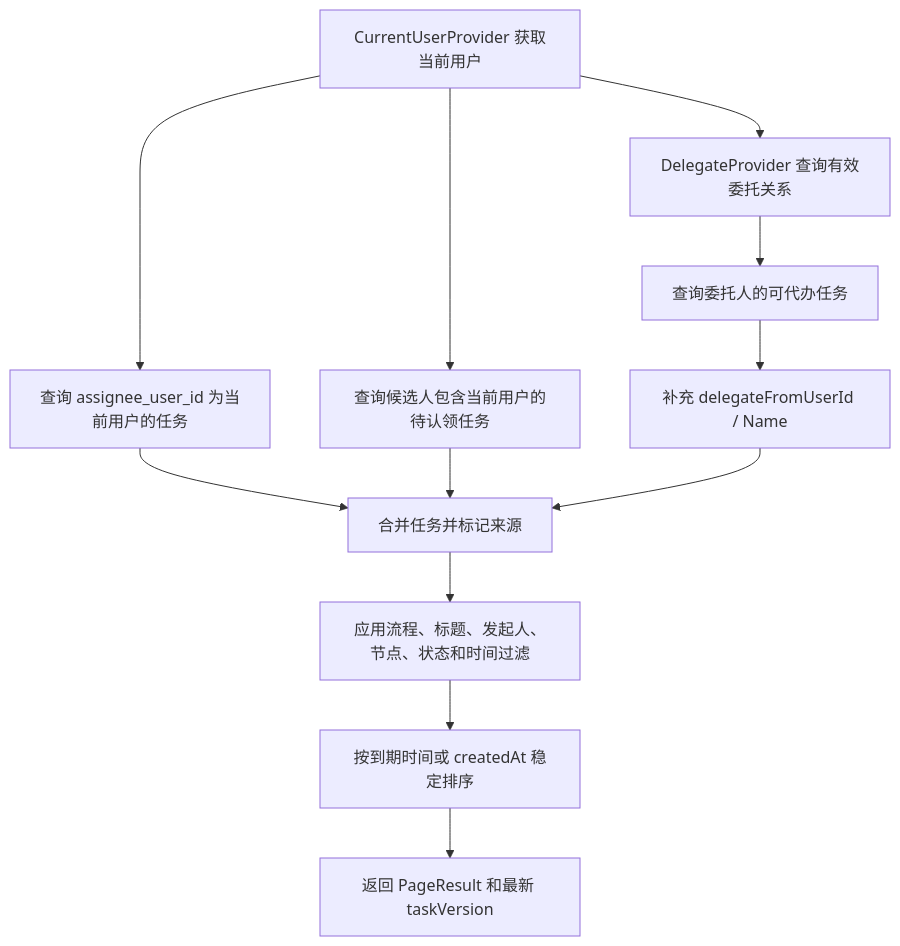
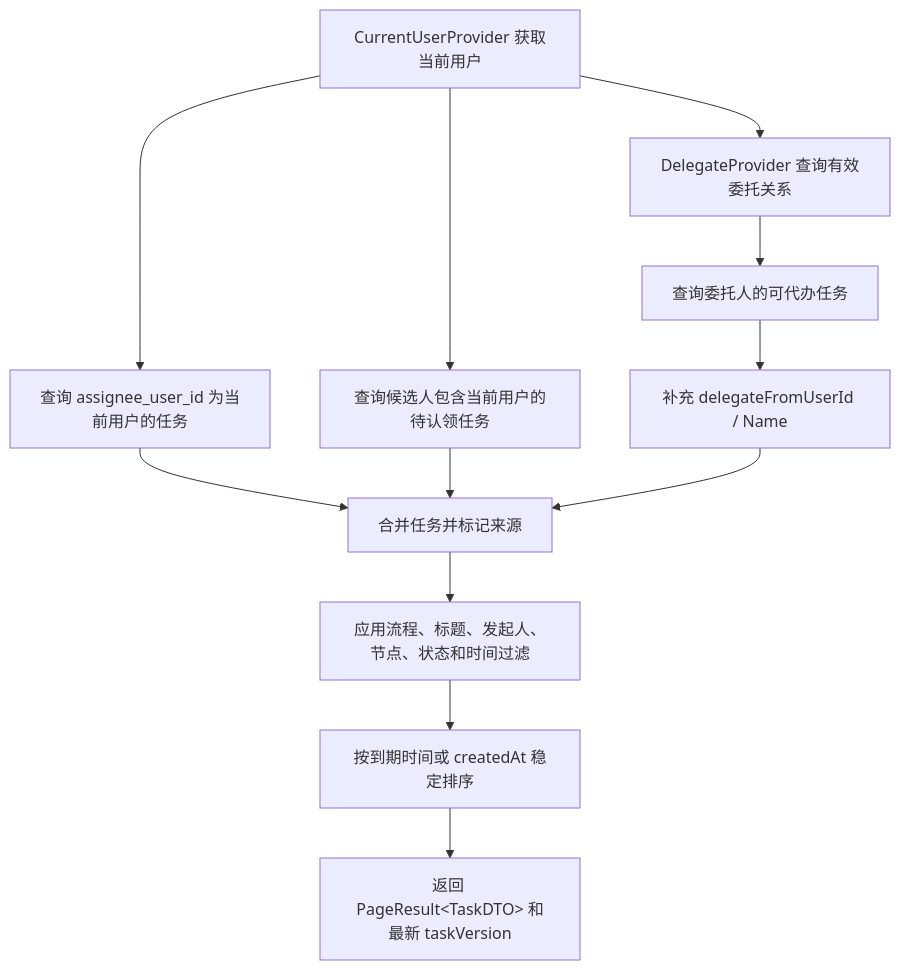
One commit to ZQ7777777/flow-mind changed diagram 12 of 15 in doc/实习生C/实习生C开发文档.md. Above: the diagram before and after it, drawn with Mermaid. The commit also changed other lines of this file and 6 other files, not shown here.

````diff
--- a/doc/实习生C/实习生C开发文档.md
+++ b/doc/实习生C/实习生C开发文档.md
@@ -444,14 +656,14 @@
 ```mermaid
-flowchart TD
+graph TD
     U["CurrentUserProvider 获取当前用户"] --> DIRECT["查询 assignee_user_id 为当前用户的任务"]
     U --> CANDIDATE["查询候选人包含当前用户的待认领任务"]
     U --> DELEGATE["DelegateProvider 查询有效委托关系"]
     DELEGATE --> DELEGATED["查询委托人的可代办任务"]
     DIRECT --> MERGE["合并任务并标记来源"]
     CANDIDATE --> MERGE
     DELEGATED --> MARK["补充 delegateFromUserId / Name"]
     MARK --> MERGE
     MERGE --> FILTER["应用流程、标题、发起人、节点、状态和时间过滤"]
     FILTER --> SORT["按到期时间或 createdAt 稳定排序"]
-    SORT --> PAGE["返回 PageResult<TaskDTO> 和最新 taskVersion"]
+    SORT --> PAGE["返回 PageResult&lt;TaskDTO&gt; 和最新 taskVersion"]
 ```
````
